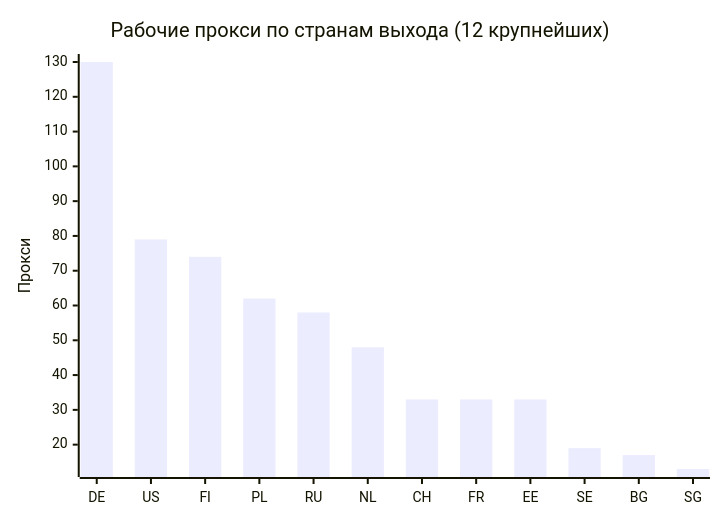
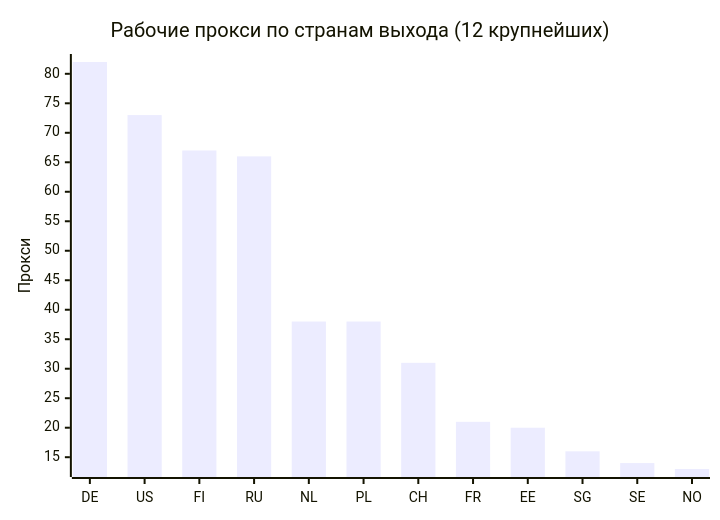
Before and after one commit to rvvg/proxy-subs: the second of 4 diagrams in README.md, drawn with Mermaid. The commit also changed other lines of this file and 48 other files, not shown here.

````diff
--- a/README.md
+++ b/README.md
@@ -125,7 +131,7 @@
 ```mermaid
 xychart-beta
     title "Рабочие прокси по странам выхода (12 крупнейших)"
-    x-axis ["DE", "US", "FI", "PL", "RU", "NL", "CH", "FR", "EE", "SE", "BG", "SG"]
+    x-axis ["DE", "US", "FI", "RU", "NL", "PL", "CH", "FR", "EE", "SG", "SE", "NO"]
     y-axis "Прокси"
-    bar [130, 79, 74, 62, 58, 48, 33, 33, 33, 19, 17, 13]
+    bar [82, 73, 67, 66, 38, 38, 31, 21, 20, 16, 14, 13]
 ```
````
